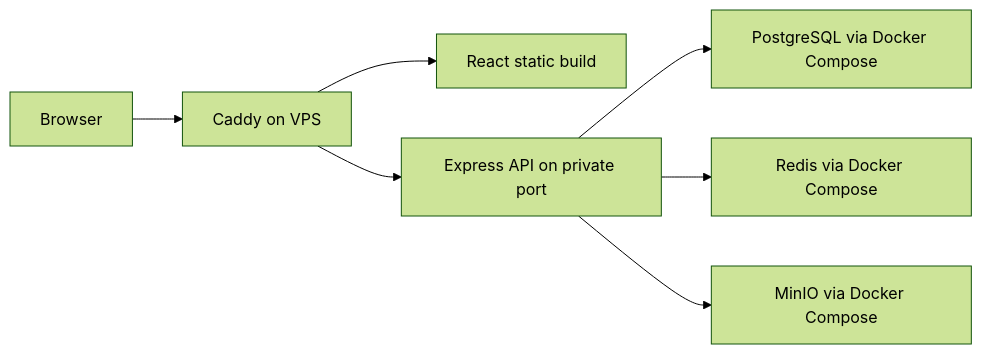
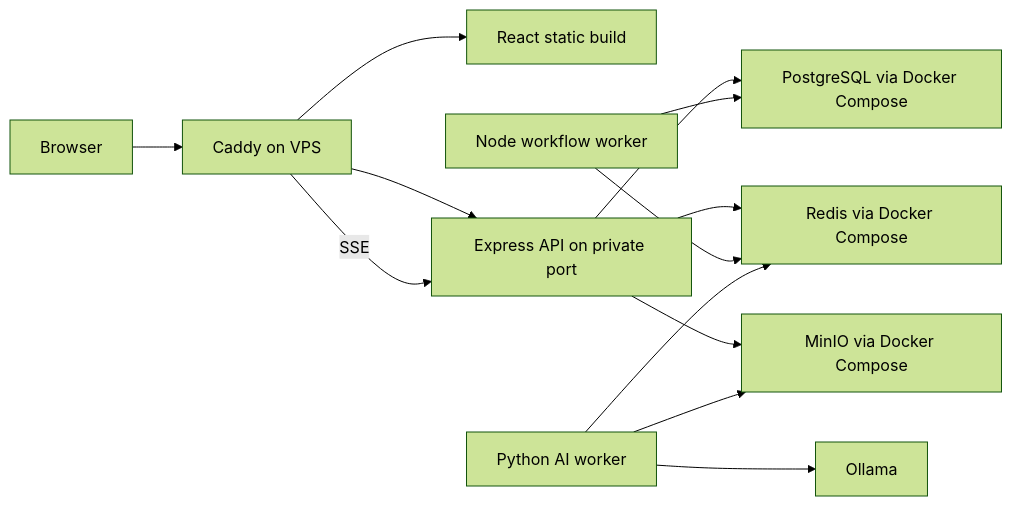
The fifth of 5 diagrams in artefacts/docs/technical-spec.md (DOSTSquad/meeting-mgnt), drawn with Mermaid (forest theme) before and after one commit. The commit also changed other lines of this file and 5 other files, not shown here.

````diff
--- a/artefacts/docs/technical-spec.md
+++ b/artefacts/docs/technical-spec.md
@@ -409,9 +446,15 @@
 ```mermaid
 flowchart LR
   Browser["Browser"] --> Caddy["Caddy on VPS"]
   Caddy --> React["React static build"]
   Caddy --> API["Express API on private port"]
+  Caddy -->|SSE| API
   API --> Postgres["PostgreSQL via Docker Compose"]
   API --> Redis["Redis via Docker Compose"]
   API --> MinIO["MinIO via Docker Compose"]
+  Worker["Node workflow worker"] --> Postgres
+  Worker --> Redis
+  AIWorker["Python AI worker"] --> Redis
+  AIWorker --> MinIO
+  AIWorker --> Ollama["Ollama"]
 ```
````
